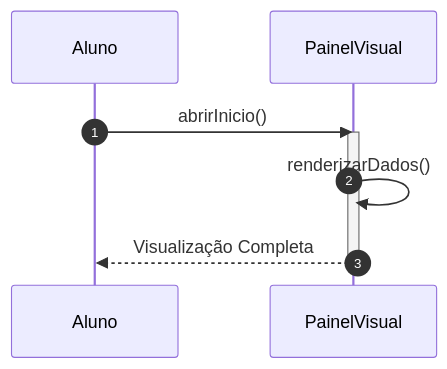
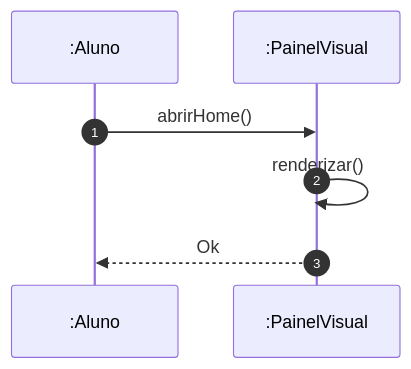
One commit to MayconDIS/PIM_III-Documentacao_UML changed the second of 2 diagrams in PIM_III/02_Modelagem_UML_Astah/UC14_Visualizar_Painel_Progresso/README.md. Above: the diagram before and after it, drawn with Mermaid. The commit also changed other lines of this file and 17 other files, not shown here.

````diff
--- a/PIM_III/02_Modelagem_UML_Astah/UC14_Visualizar_Painel_Progresso/README.md
+++ b/PIM_III/02_Modelagem_UML_Astah/UC14_Visualizar_Painel_Progresso/README.md
@@ -43,11 +43,9 @@
 ```mermaid
 sequenceDiagram
     autonumber
-    participant Al as Aluno
-    participant D as PainelVisual
-    Al->>D: abrirInicio()
-    activate D
-    D->>D: renderizarDados()
-    D-->>Al: Visualização Completa
-    deactivate D
+    participant Al as :Aluno
+    participant D as :PainelVisual
+    Al->>D: abrirHome()
+    D->>D: renderizar()
+    D-->>Al: Ok
 ```
````
